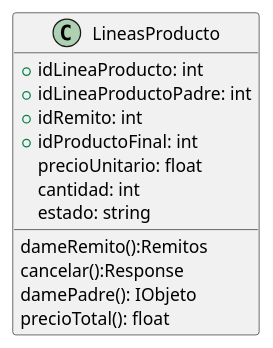
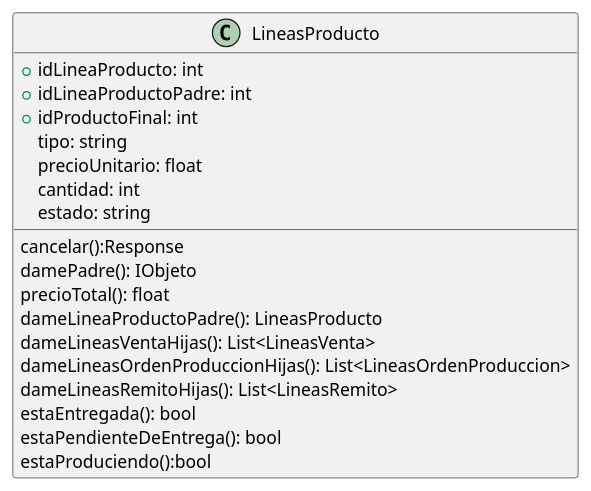
One commit to ZMGestion/DocumentacionZMGestion changed the diagram in DiagramaClases/Clases/LineasProducto.puml. Above: the diagram before and after it, drawn with PlantUML. The commit also changed 1 other file, not shown here.

```diff
--- a/DiagramaClases/Clases/LineasProducto.puml
+++ b/DiagramaClases/Clases/LineasProducto.puml
@@ -1,16 +1,23 @@
 @startuml LineasProducto
 class LineasProducto{
     +idLineaProducto: int
     +idLineaProductoPadre: int
-    +idRemito: int
     +idProductoFinal: int
+    tipo: string
     precioUnitario: float
     cantidad: int
     estado: string
 
-    dameRemito():Remitos
+    
     cancelar():Response
     damePadre(): IObjeto
     precioTotal(): float
+    dameLineaProductoPadre(): LineasProducto
+    dameLineasVentaHijas(): List<LineasVenta>
+    dameLineasOrdenProduccionHijas(): List<LineasOrdenProduccion>
+    dameLineasRemitoHijas(): List<LineasRemito>
+    estaEntregada(): bool
+    estaPendienteDeEntrega(): bool
+    estaProduciendo():bool
 }
 @enduml
```
